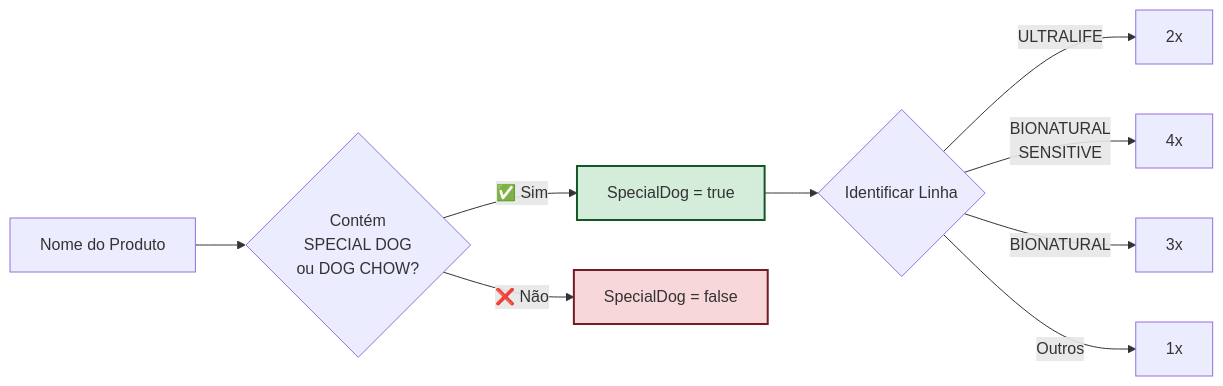
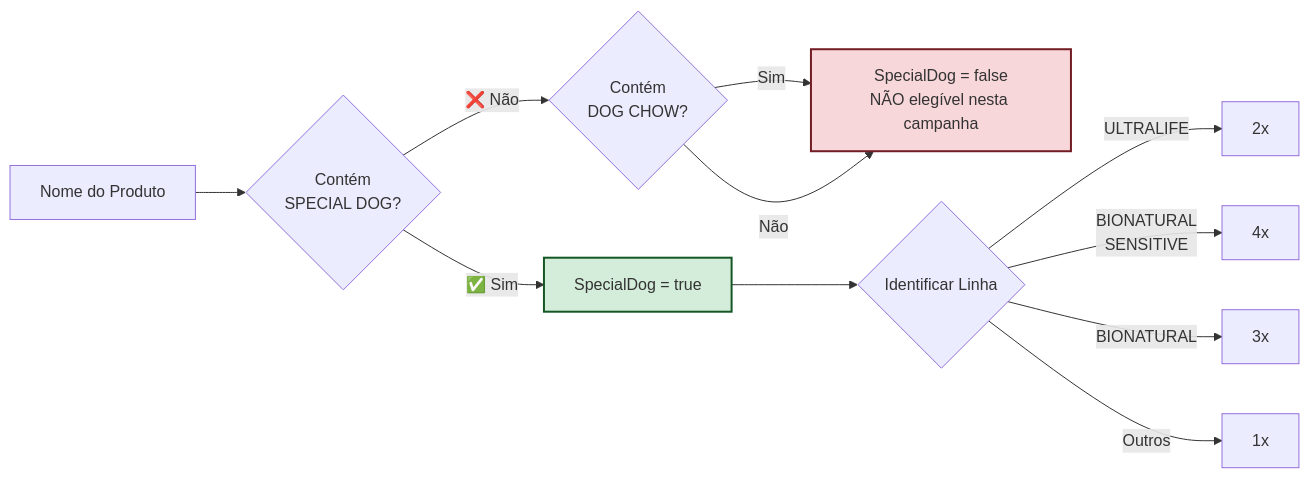
The seventh of 18 diagrams in analise_cupom.md (LeonardoDalcorso/agent_sorte_de_quem_indica), drawn with Mermaid before and after one commit. The commit also changed other lines of this file, not shown here.

````diff
--- a/analise_cupom.md
+++ b/analise_cupom.md
@@ -397,15 +442,17 @@
 ```mermaid
 graph LR
-    A[Nome do Produto] --> B{Contém<br/>SPECIAL DOG<br/>ou DOG CHOW?}
+    A[Nome do Produto] --> B{Contém<br/>SPECIAL DOG?}
     B -->|✅ Sim| C[SpecialDog = true]
-    B -->|❌ Não| D[SpecialDog = false]
+    B -->|❌ Não| D{Contém<br/>DOG CHOW?}
+    D -->|Sim| E[SpecialDog = false<br/>NÃO elegível nesta campanha]
+    D -->|Não| E
     
-    C --> E{Identificar Linha}
-    E -->|ULTRALIFE| F[2x]
-    E -->|BIONATURAL<br/>SENSITIVE| G[4x]
-    E -->|BIONATURAL| H[3x]
-    E -->|Outros| I[1x]
+    C --> F{Identificar Linha}
+    F -->|ULTRALIFE| G[2x]
+    F -->|BIONATURAL<br/>SENSITIVE| H[4x]
+    F -->|BIONATURAL| I[3x]
+    F -->|Outros| J[1x]
     
     style C fill:#d4edda,stroke:#155724,stroke-width:2px
-    style D fill:#f8d7da,stroke:#721c24,stroke-width:2px
+    style E fill:#f8d7da,stroke:#721c24,stroke-width:2px
 ```
````
